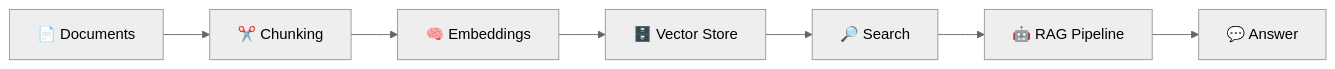
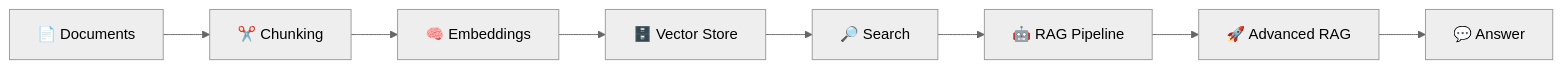
The diagram in README.md (Acchintkaur/RAG-Course), drawn with Mermaid (neutral theme) before and after one commit. The commit also changed other lines of this file, not shown here.

````diff
--- a/README.md
+++ b/README.md
@@ -27,9 +31,10 @@
 ```mermaid
 flowchart LR
     A[📄 Documents] --> B[✂️ Chunking]
     B --> C[🧠 Embeddings]
     C --> D[🗄️ Vector Store]
     D --> E[🔎 Search]
     E --> F[🤖 RAG Pipeline]
-    F --> G[💬 Answer]
+    F --> G[🚀 Advanced RAG]
+    G --> H[💬 Answer]
 ```
````
